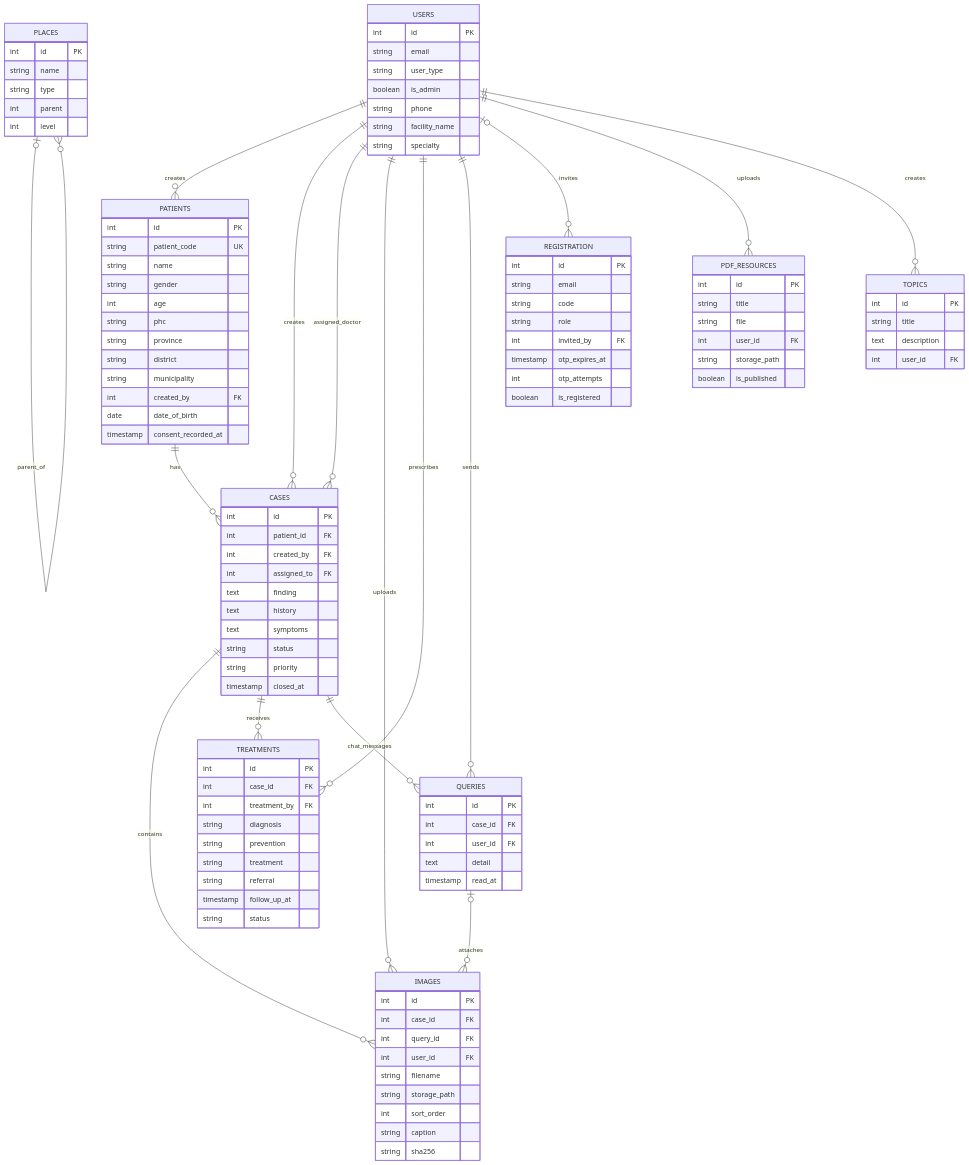
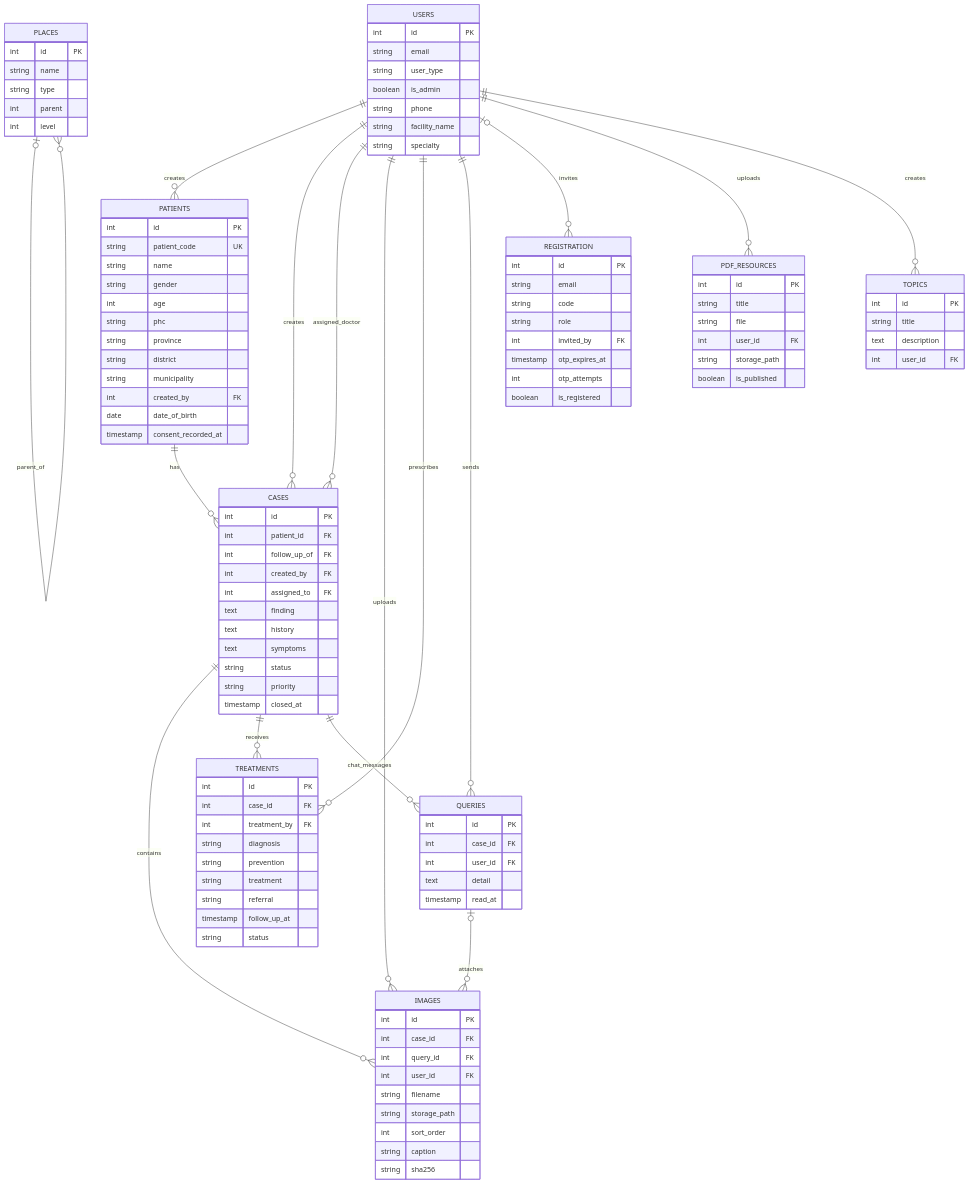
One commit to ricky-sthapit/skinsewa_web changed the diagram in database/reference/skinsewa-schema.mmd. Above: the diagram before and after it, drawn with Mermaid. The commit also changed 9 other files, not shown here.

```diff
--- a/database/reference/skinsewa-schema.mmd
+++ b/database/reference/skinsewa-schema.mmd
@@ -1,121 +1,122 @@
 erDiagram
     USERS {
         int id PK
         string email
         string user_type
         boolean is_admin
         string phone
         string facility_name
         string specialty
     }
 
     PATIENTS {
         int id PK
         string patient_code UK
         string name
         string gender
         int age
         string phc
         string province
         string district
         string municipality
         int created_by FK
         date date_of_birth
         timestamp consent_recorded_at
     }
 
     CASES {
         int id PK
         int patient_id FK
+        int follow_up_of FK
         int created_by FK
         int assigned_to FK
         text finding
         text history
         text symptoms
         string status
         string priority
         timestamp closed_at
     }
 
     IMAGES {
         int id PK
         int case_id FK
         int query_id FK
         int user_id FK
         string filename
         string storage_path
         int sort_order
         string caption
         string sha256
     }
 
     TREATMENTS {
         int id PK
         int case_id FK
         int treatment_by FK
         string diagnosis
         string prevention
         string treatment
         string referral
         timestamp follow_up_at
         string status
     }
 
     QUERIES {
         int id PK
         int case_id FK
         int user_id FK
         text detail
         timestamp read_at
     }
 
     REGISTRATION {
         int id PK
         string email
         string code
         string role
         int invited_by FK
         timestamp otp_expires_at
         int otp_attempts
         boolean is_registered
     }
 
     PDF_RESOURCES {
         int id PK
         string title
         string file
         int user_id FK
         string storage_path
         boolean is_published
     }
 
     TOPICS {
         int id PK
         string title
         text description
         int user_id FK
     }
 
     PLACES {
         int id PK
         string name
         string type
         int parent
         int level
     }
 
     USERS ||--o{ PATIENTS : creates
     USERS ||--o{ CASES : creates
     USERS ||--o{ CASES : assigned_doctor
     PATIENTS ||--o{ CASES : has
     CASES ||--o{ IMAGES : contains
     QUERIES o|--o{ IMAGES : attaches
     USERS ||--o{ IMAGES : uploads
     CASES ||--o{ TREATMENTS : receives
     USERS ||--o{ TREATMENTS : prescribes
     CASES ||--o{ QUERIES : chat_messages
     USERS ||--o{ QUERIES : sends
     USERS o|--o{ REGISTRATION : invites
     USERS ||--o{ PDF_RESOURCES : uploads
     USERS ||--o{ TOPICS : creates
     PLACES o|--o{ PLACES : parent_of
```
